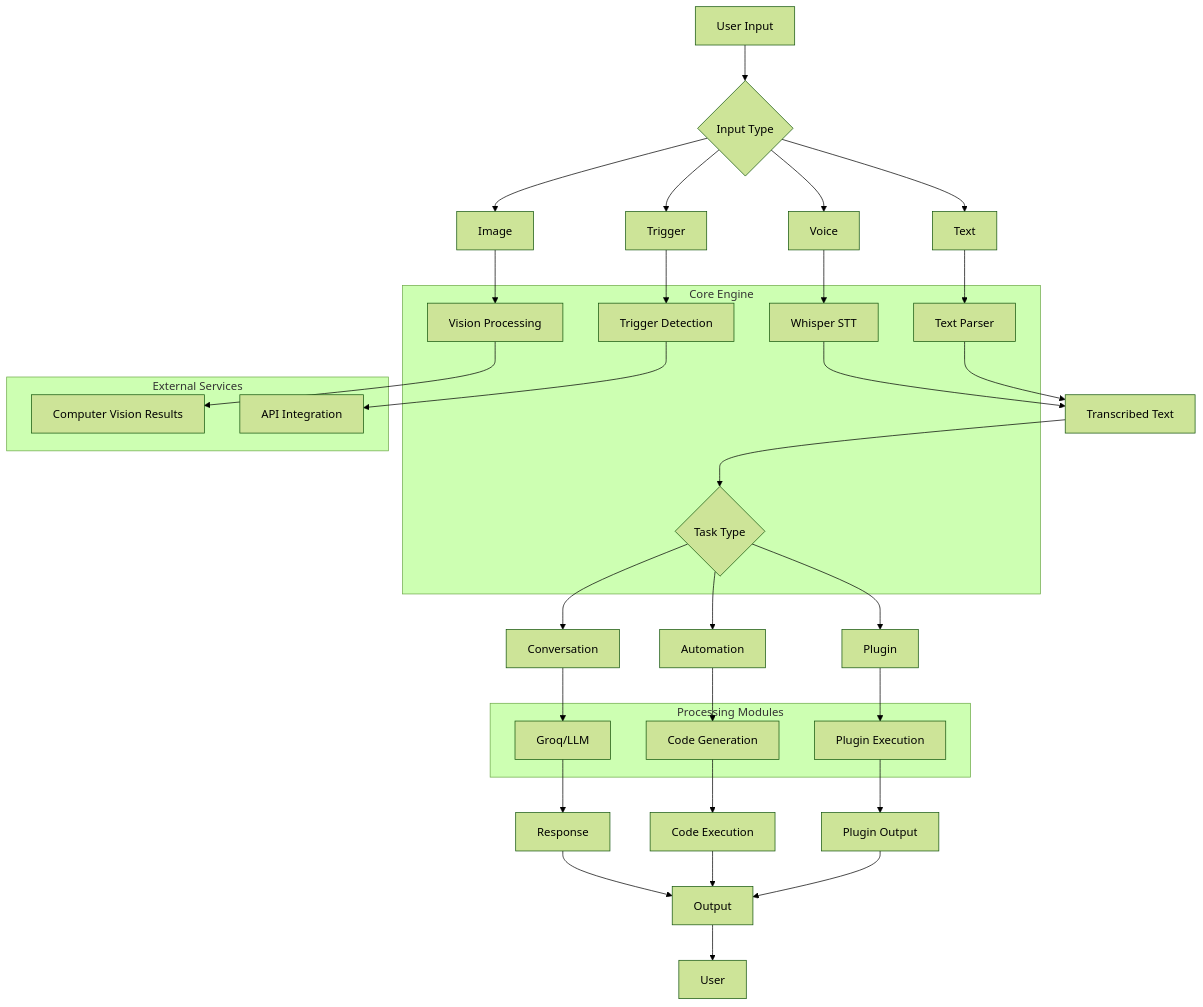
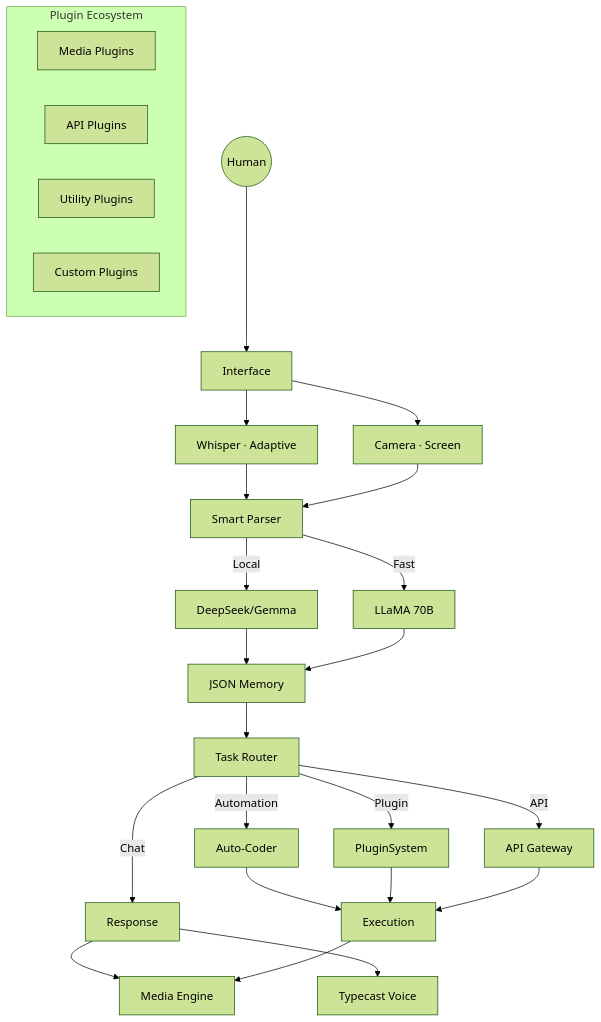
One commit to nissanpatrolk5037-ctrl/Optimind changed the second of 5 diagrams in README.md. Above: the diagram before and after it, drawn with Mermaid (forest theme). The commit also changed other lines of this file, not shown here.

````diff
--- a/README.md
+++ b/README.md
@@ -95,56 +95,34 @@
 ```mermaid
-graph TB
-    A[User Input] --> B{Input Type}
-    B --> C[Voice]
-    B --> D[Text]
-    B --> E[Image]
-    B --> F[Trigger]
+flowchart TB
+    User((Human)) --> Interface
+    Interface --> STT[Whisper · Adaptive]
+    Interface --> Vision[Camera · Screen]
+    STT --> Brain[Smart Parser]
+    Vision --> Brain
+    Brain -->|Local| LocalLLMs[DeepSeek/Gemma]
+    Brain -->|Fast| Groq[LLaMA 70B]
     
-    C --> G[Whisper STT]
-    D --> H[Text Parser]
-    E --> I[Vision Processing]
-    F --> J[Trigger Detection]
-    
-    G --> K[Transcribed Text]
-    H --> K
-    I --> L[Computer Vision Results]
-    J --> M[API Integration]
-    
-    K --> N{Task Type}
-    N --> O[Conversation]
-    N --> P[Automation]
-    N --> Q[Plugin]
-    
-    O --> R[Groq/LLM]
-    P --> S[Code Generation]
-    Q --> T[Plugin Execution]
-    
-    R --> U[Response]
-    S --> V[Code Execution]
-    T --> W[Plugin Output]
-    
-    U --> X[Output]
-    V --> X
-    W --> X
-    
-    X --> Y[User]
-    
-    subgraph "Core Engine"
-        G
-        H
-        I
-        J
-        N
+    subgraph "Plugin Ecosystem"
+        P1[Media Plugins]
+        P2[API Plugins]
+        P3[Utility Plugins]
+        P4[Custom Plugins]
     end
     
-    subgraph "Processing Modules"
-        R
-        S
-        T
-    end
+    LocalLLMs --> Memory[JSON Memory]
+    Groq --> Memory
+    Memory --> Decision[Task Router]
     
-    subgraph "External Services"
-        M
-        L
-    end
+    Decision -->|Automation| Code[Auto‑Coder]
+    Decision -->|Plugin| PluginSystem
+    Decision -->|API| API[API Gateway]
+    Decision -->|Chat| Response
+    
+    Code --> Output[Execution]
+    PluginSystem --> Output
+    API --> Output
+    Response --> TTS[Typecast Voice]
+    Response --> Media[Media Engine]
+    
+    Output --> Media
 ```
````
